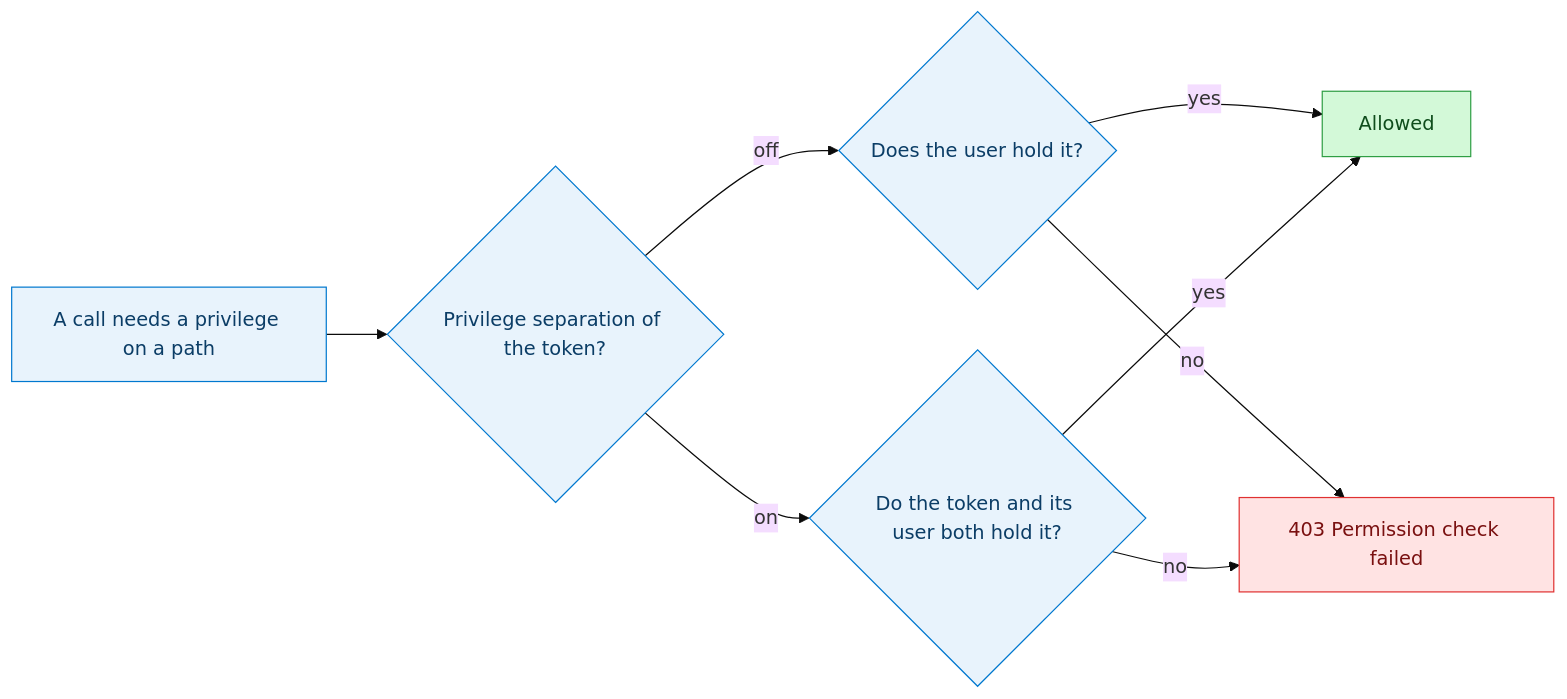
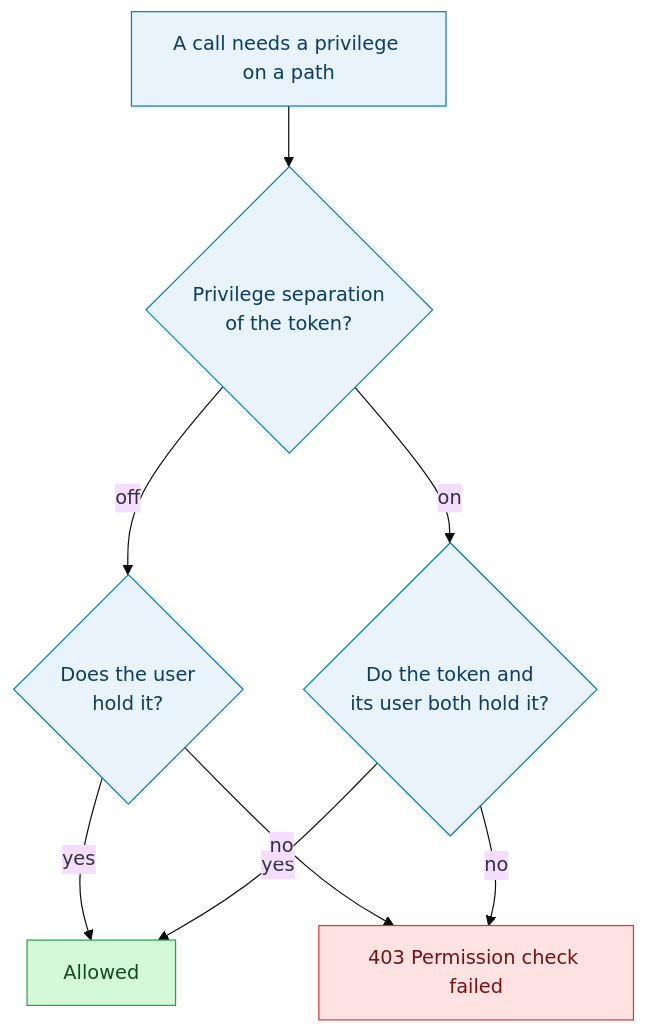
One commit to Helphyy/pvecli changed the diagram in docs/reference/permissions.md. Above: the diagram before and after it, drawn with Mermaid (base theme). The commit also changed 19 other files, not shown here.

First line of the commit message:
Draw the diagrams at build time so they no longer pop in

````diff
--- a/docs/reference/permissions.md
+++ b/docs/reference/permissions.md
@@ -15,14 +15,14 @@
 ```mermaid
-flowchart LR
-  A[A call needs a privilege on a path]:::check --> B{Privilege separation of the token?}:::check
-  B -- off --> C{Does the user hold it?}:::check
-  B -- on --> D{Do the token and its user both hold it?}:::check
+flowchart TD
+  A[A call needs a privilege on a path]:::check --> B{Privilege separation<br/>of the token?}:::check
+  B -- off --> C{Does the user<br/>hold it?}:::check
+  B -- on --> D{Do the token and<br/>its user both hold it?}:::check
   C -- yes --> F[Allowed]:::done
   D -- yes --> F
   C -- no --> G[403 Permission check failed]:::stop
   D -- no --> G
 
   classDef check fill:#e8f3fc,stroke:#0078cf,color:#0b3d66
   classDef stop fill:#ffe3e3,stroke:#e03131,color:#7a1010
   classDef done fill:#d3f9d8,stroke:#2f9e44,color:#0f4d1c
 ```
````
